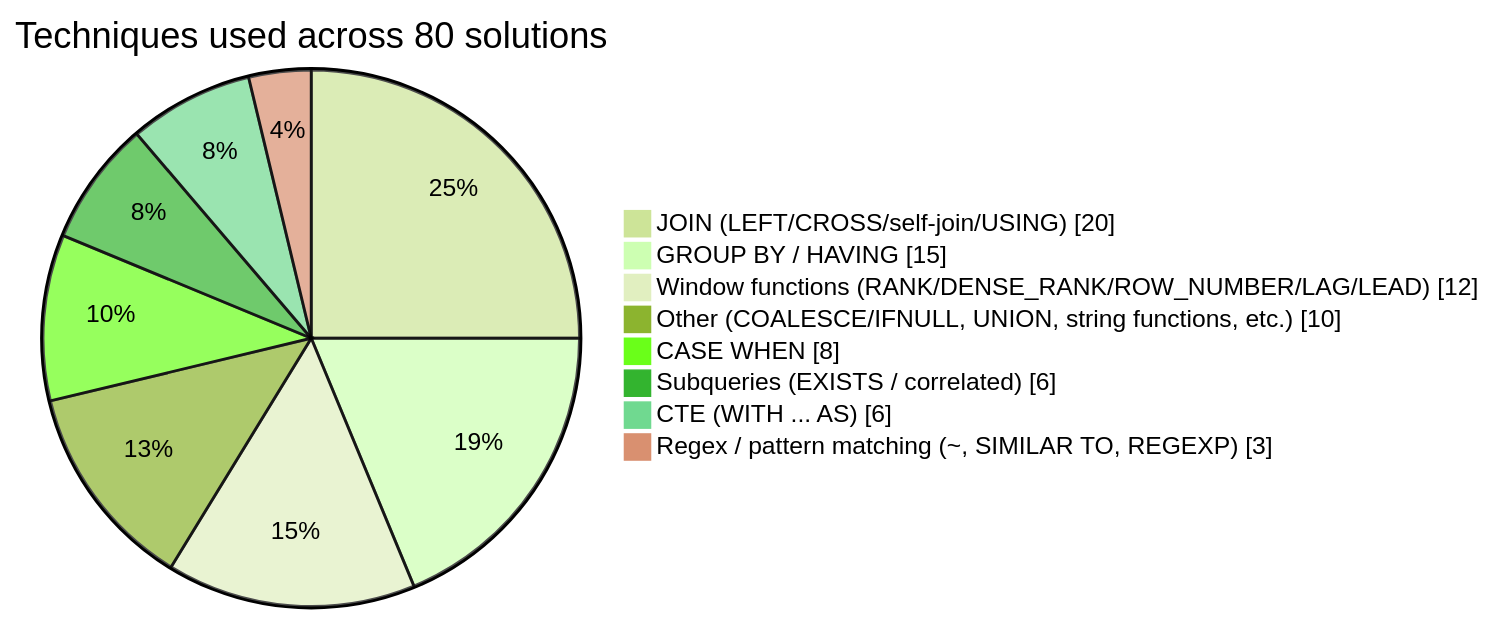
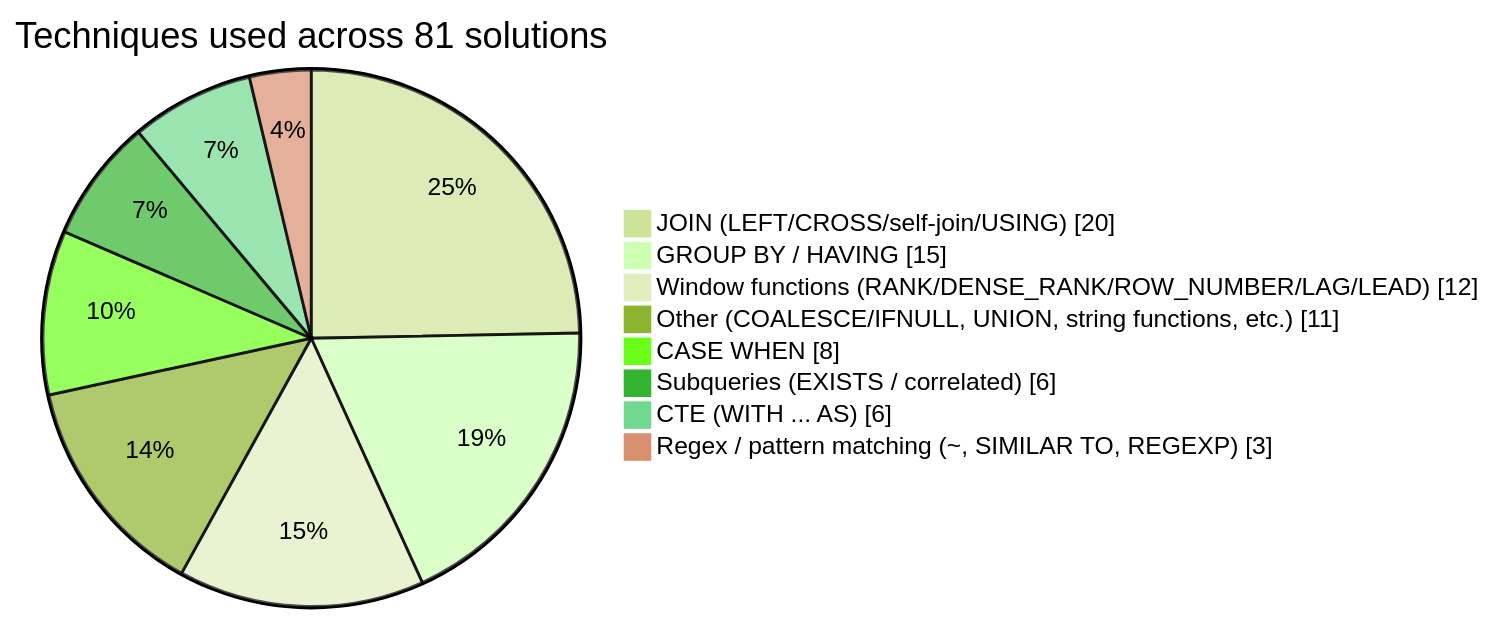
Before and after one commit to ruhlanrzayev/LeetCode_SQL_Problems: the diagram in README.md, drawn with Mermaid (forest theme). The commit also changed other lines of this file, not shown here.

Commit message:
chore: auto-update technique breakdown chart

````diff
--- a/README.md
+++ b/README.md
@@ -11,12 +11,12 @@
 ```mermaid
 pie showData
-    title Techniques used across 80 solutions
+    title Techniques used across 81 solutions
     "JOIN (LEFT/CROSS/self-join/USING)" : 20
     "GROUP BY / HAVING" : 15
     "Window functions (RANK/DENSE_RANK/ROW_NUMBER/LAG/LEAD)" : 12
-    "Other (COALESCE/IFNULL, UNION, string functions, etc.)" : 10
+    "Other (COALESCE/IFNULL, UNION, string functions, etc.)" : 11
     "CASE WHEN" : 8
     "Subqueries (EXISTS / correlated)" : 6
     "CTE (WITH ... AS)" : 6
     "Regex / pattern matching (~, SIMILAR TO, REGEXP)" : 3
 ```
````
